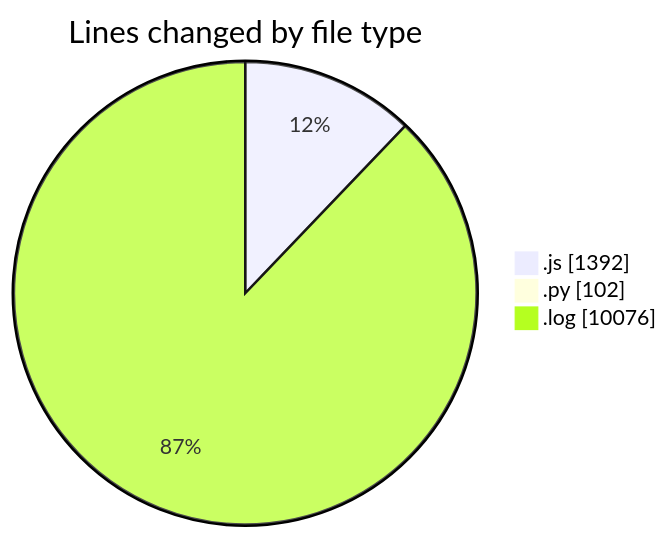
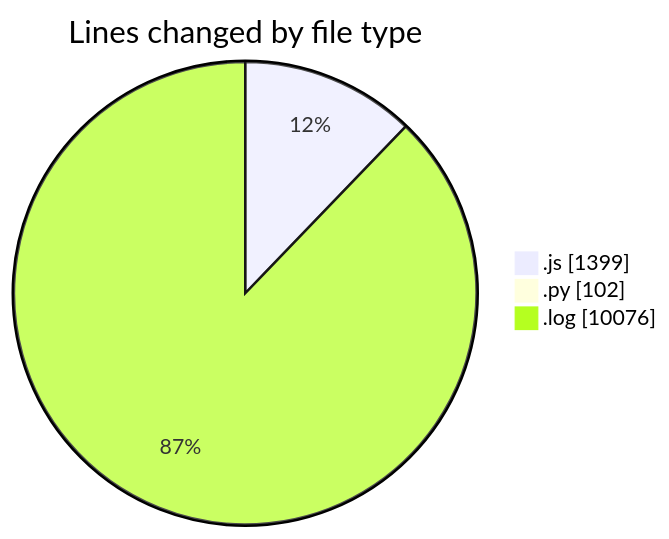
Before and after one commit to nxtqubesakshisongat/code-tracking: the first of 2 diagrams in 2025-04-14/nxtqube_webapp/README.md, drawn with Mermaid. The commit also changed other lines of this file and 1 other file, not shown here.

````diff
--- a/2025-04-14/nxtqube_webapp/README.md
+++ b/2025-04-14/nxtqube_webapp/README.md
@@ -26,7 +26,7 @@
 ```mermaid
 pie showData
 title Lines changed by file type
-".js" : 1392
+".js" : 1399
 ".py" : 102
 ".log" : 10076
 ```
````
